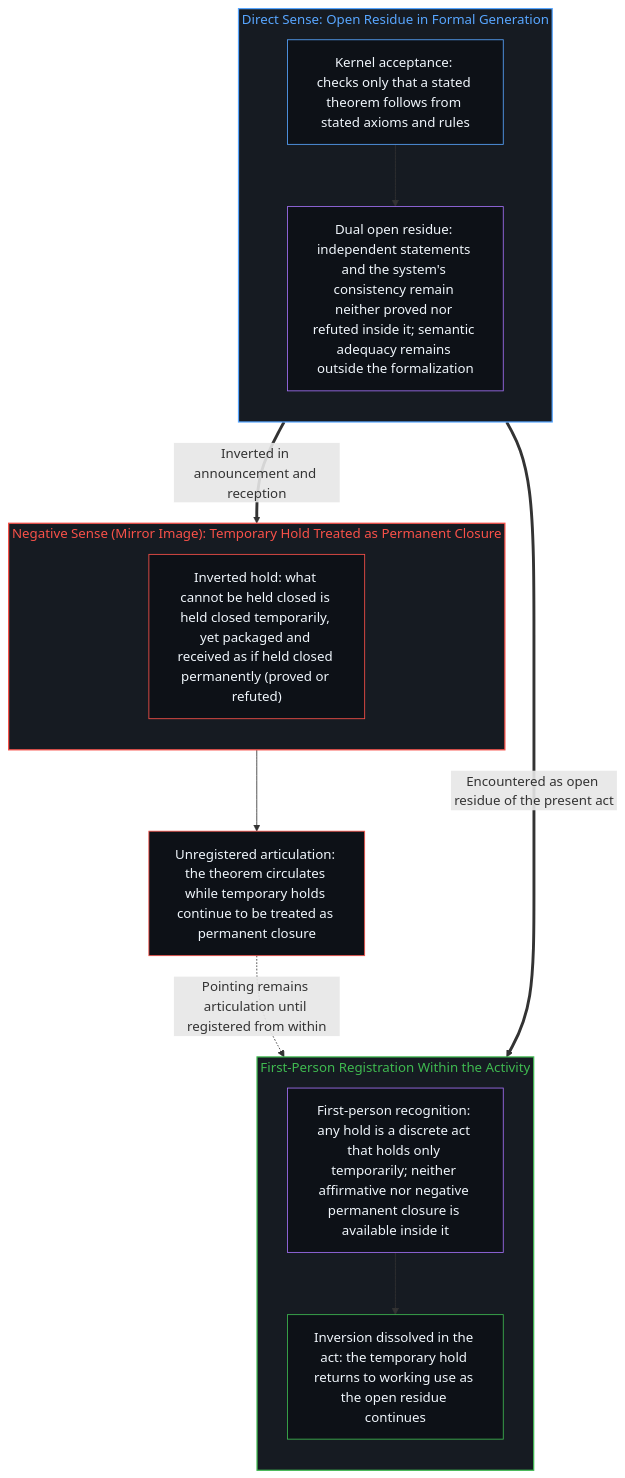
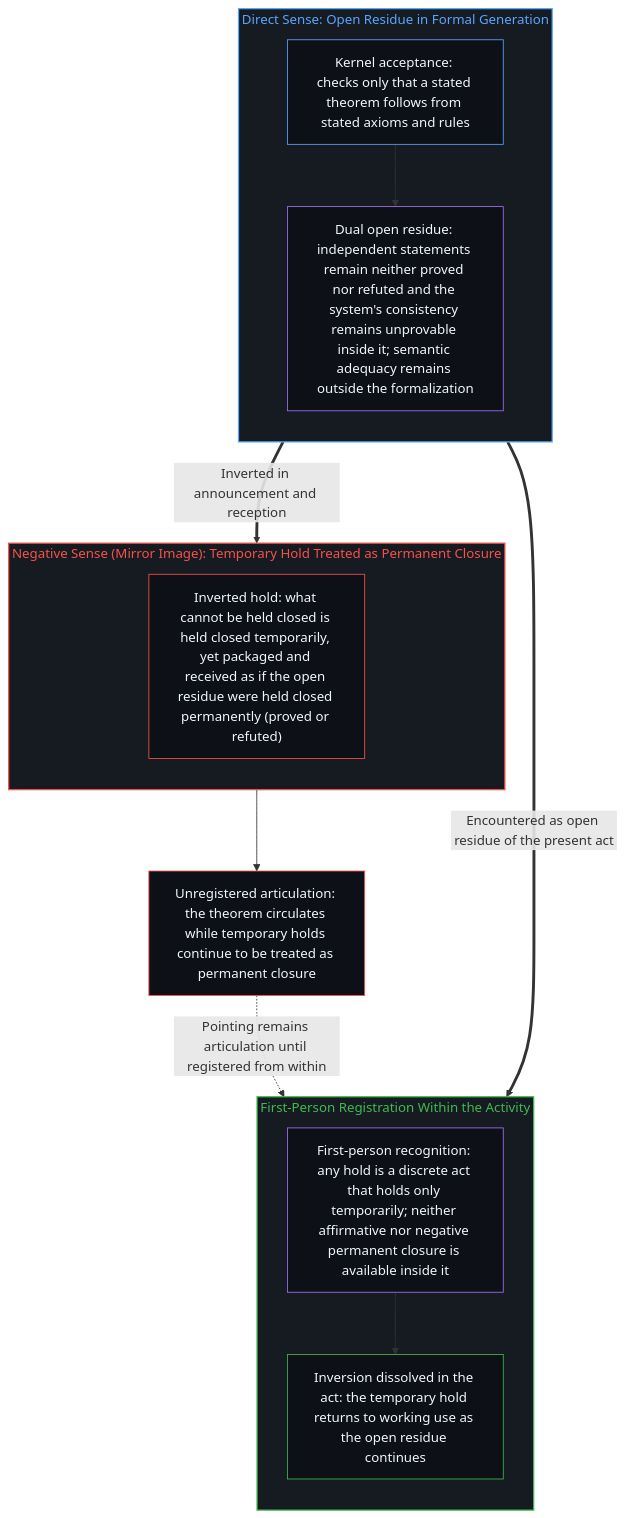
One commit to powerpig99/not-a-toe changed the fourth of 4 diagrams in content/posts/incompleteness-exhibited-twice.md. Above: the diagram before and after it, drawn with Mermaid. The commit also changed other lines of this file and 5 other files, not shown here.

Commit message:
Consolidate Deep Sleep Batch 16: the-geometry-of-coexistence-and-the-dual-cut, incompleteness-exhibited-twice, on-the-boundaries-of-what-can-be-said-about-p-and-np, the-brain-does-not-backprop

````diff
--- a/content/posts/incompleteness-exhibited-twice.md
+++ b/content/posts/incompleteness-exhibited-twice.md
@@ -151,33 +151,33 @@
 ```mermaid
 flowchart TD
     subgraph S_First["Direct Sense: Open Residue in Formal Generation"]
         direction TB
         K["Kernel acceptance: checks only that a stated theorem follows from stated axioms and rules"]
-        R1["Dual open residue: independent statements and the system's consistency remain neither proved nor refuted inside it; semantic adequacy remains outside the formalization"]
+        R1["Dual open residue: independent statements remain neither proved nor refuted and the system's consistency remains unprovable inside it; semantic adequacy remains outside the formalization"]
         K --> R1
     end
     subgraph S_Second["Negative Sense (Mirror Image): Temporary Hold Treated as Permanent Closure"]
         direction TB
-        C["Inverted hold: what cannot be held closed is held closed temporarily, yet packaged and received as if held closed permanently (proved or refuted)"]
+        C["Inverted hold: what cannot be held closed is held closed temporarily, yet packaged and received as if the open residue were held closed permanently (proved or refuted)"]
     end
     A["Unregistered articulation: the theorem circulates while temporary holds continue to be treated as permanent closure"]
     subgraph S_Reg["First-Person Registration Within the Activity"]
         direction TB
         F["First-person recognition: any hold is a discrete act that holds only temporarily; neither affirmative nor negative permanent closure is available inside it"]
         D["Inversion dissolved in the act: the temporary hold returns to working use as the open residue continues"]
         F --> D
     end
     R1 ==>|"Inverted in announcement and reception"| C
     C --> A
     R1 ==>|"Encountered as open residue of the present act"| F
     A -.->|"Pointing remains articulation until registered from within"| F
     style S_First fill:#161b22,stroke:#58a6ff,stroke-width:1.5px,color:#58a6ff
     style S_Second fill:#161b22,stroke:#f85149,stroke-width:1.5px,color:#f85149
     style S_Reg fill:#161b22,stroke:#3fb950,stroke-width:1.5px,color:#3fb950
     style K fill:#0d1117,stroke:#58a6ff,stroke-width:1px,color:#f0f6fc
     style R1 fill:#0d1117,stroke:#a371f7,stroke-width:1px,color:#f0f6fc
     style C fill:#0d1117,stroke:#f85149,stroke-width:1px,color:#f0f6fc
     style A fill:#0d1117,stroke:#f85149,stroke-width:1px,color:#f0f6fc
     style F fill:#0d1117,stroke:#a371f7,stroke-width:1px,color:#f0f6fc
     style D fill:#0d1117,stroke:#3fb950,stroke-width:1px,color:#f0f6fc
 ```
````
